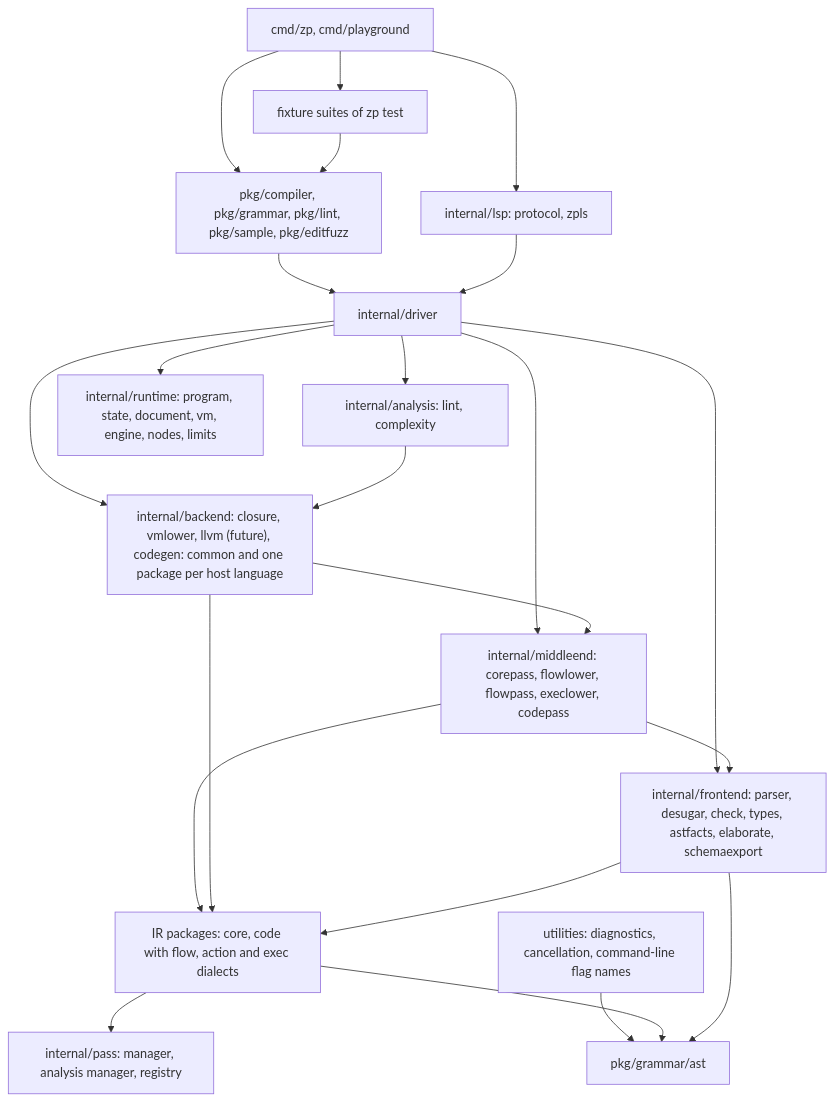
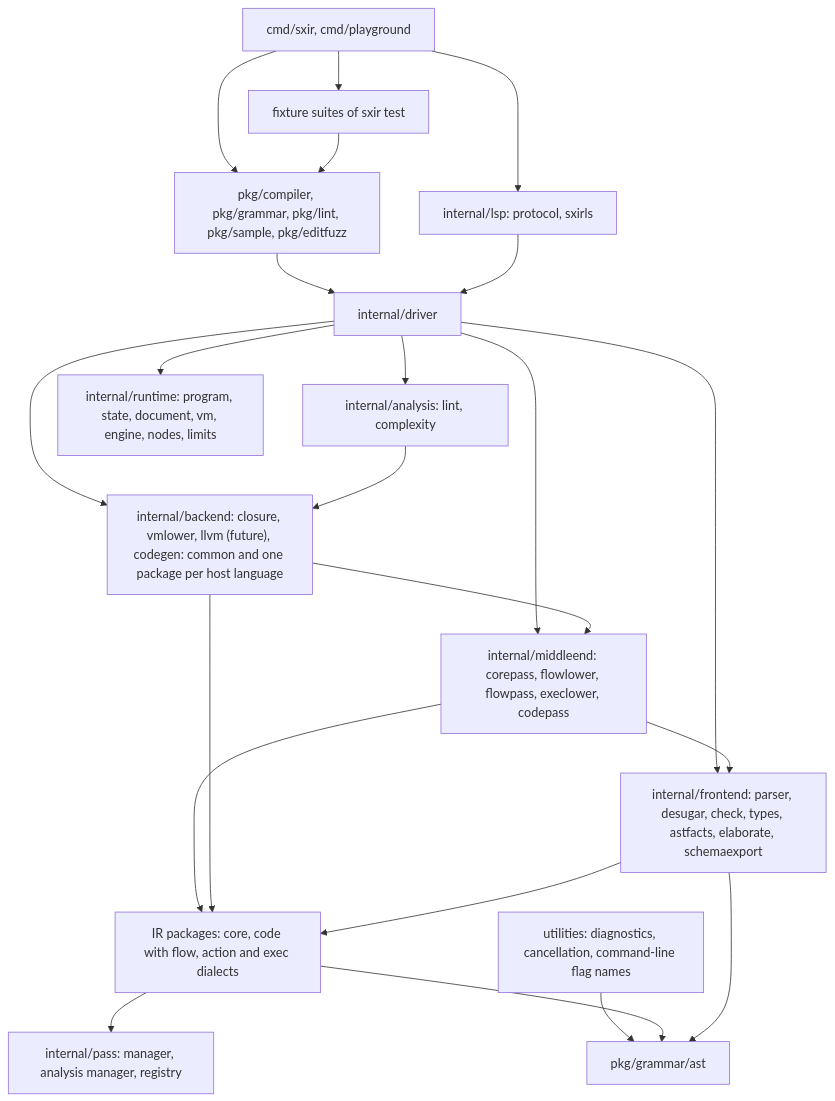
Before and after one commit to syntaxir/syntaxir: the diagram in docs/design/records/072-release-package-layout.md, drawn with Mermaid. The commit also changed other lines of this file and 2328 other files, not shown here.

````diff
--- a/docs/design/records/072-release-package-layout.md
+++ b/docs/design/records/072-release-package-layout.md
@@ -150,22 +150,22 @@
 ```mermaid
 flowchart TD
-  cmd["cmd/zp, cmd/playground"] --> pub["pkg/compiler, pkg/grammar, pkg/lint, pkg/sample, pkg/editfuzz"]
+  cmd["cmd/sxir, cmd/playground"] --> pub["pkg/compiler, pkg/grammar, pkg/lint, pkg/sample, pkg/editfuzz"]
   pub --> driver["internal/driver"]
-  cmd --> fixture["fixture suites of zp test"] --> pub
+  cmd --> fixture["fixture suites of sxir test"] --> pub
   driver --> backend["internal/backend: closure, vmlower, llvm (future), codegen: common and one package per host language"]
   driver --> middle["internal/middleend: corepass, flowlower, flowpass, execlower, codepass"]
   driver --> front["internal/frontend: parser, desugar, check, types, astfacts, elaborate, schemaexport"]
   middle --> ir["IR packages: core, code with flow, action and exec dialects"]
   backend --> ir
   front --> ir
   ir --> pass["internal/pass: manager, analysis manager, registry"]
   util["utilities: diagnostics, cancellation, command-line flag names"] --> gram["pkg/grammar/ast"]
   ir --> gram
-  cmd --> lsp["internal/lsp: protocol, zpls"] --> driver
+  cmd --> lsp["internal/lsp: protocol, sxirls"] --> driver
   driver --> analysis["internal/analysis: lint, complexity"]
   analysis --> backend
   backend --> middle
   middle --> front
   front --> gram
   driver --> rt["internal/runtime: program, state, document, vm, engine, nodes, limits"]
 ```
````
